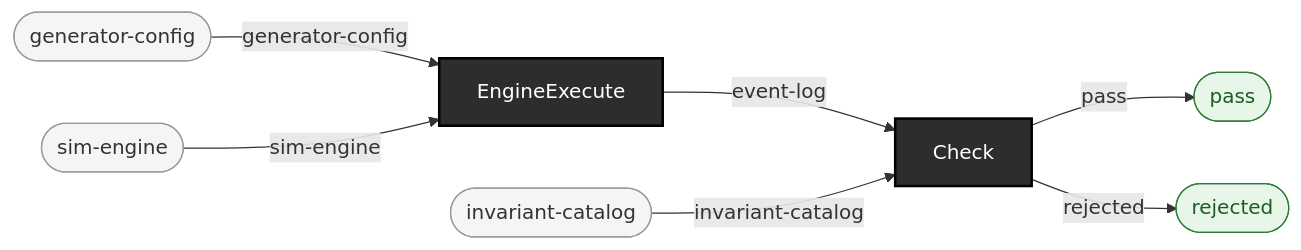
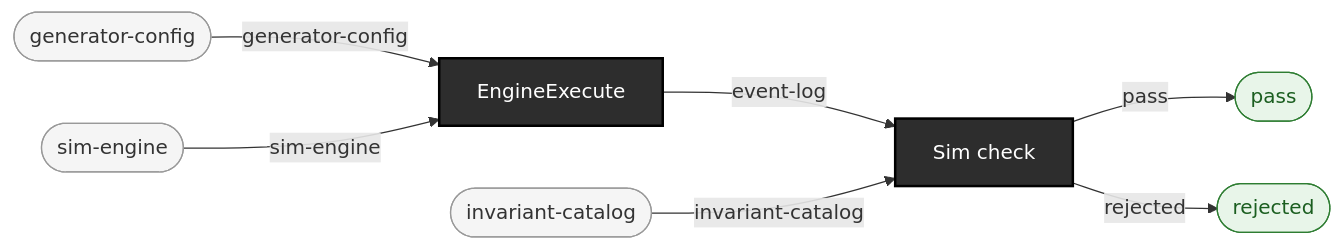
One commit to pragsmike/ehr-testing-tools changed the diagram in docs/use-cases/ground-truth-as-a-test-oracle.md. Above: the diagram before and after it, drawn with Mermaid. The commit also changed other lines of this file and 3 other files, not shown here.

````diff
--- a/docs/use-cases/ground-truth-as-a-test-oracle.md
+++ b/docs/use-cases/ground-truth-as-a-test-oracle.md
@@ -53,46 +53,46 @@
 ```mermaid
 %% GENERATED by components/palgebra/tools/resource_equations_to_mermaid.py
 %% from target/use-cases/ground-truth-as-a-test-oracle.txt -- do not hand-edit this block.
 %% Regenerate with `make docsgen`; a change to the converter moves
 %% every diagram it renders, which is why it is named here.
 flowchart LR
 
     %% --- Source types (raw inputs, not produced by any operation) ---
     generator_config(["generator-config"])
     invariant_catalog(["invariant-catalog"])
     sim_engine(["sim-engine"])
 
     %% --- Operations (boxes; spiders use distinct shapes) ---
     EngineExecute["EngineExecute"]
-    Check["Check"]
+    Sim_check["Sim check"]
 
     %% --- Result types (terminal outputs) ---
     pass_out(["pass"])
     rejected_out(["rejected"])
 
     %% --- Wires (typed connections) ---
     %% Arrow 1: EngineExecute
     generator_config -- generator-config --> EngineExecute
     sim_engine -- sim-engine --> EngineExecute
 
-    %% Arrow 2: Check
-    EngineExecute -- event-log --> Check
-    invariant_catalog -- invariant-catalog --> Check
-    Check -- "pass" --> pass_out
-    Check -- "rejected" --> rejected_out
+    %% Arrow 2: Sim check
+    EngineExecute -- event-log --> Sim_check
+    invariant_catalog -- invariant-catalog --> Sim_check
+    Sim_check -- "pass" --> pass_out
+    Sim_check -- "rejected" --> rejected_out
 
     %% --- Styling ---
 
     %% Operations: dark boxes (fan=blue, funnel=green, enrichment=outlined, gate=purple, external=dashed)
     style EngineExecute fill:#2d2d2d,stroke:#000,color:#fff,stroke-width:2px
-    style Check fill:#2d2d2d,stroke:#000,color:#fff,stroke-width:2px
+    style Sim_check fill:#2d2d2d,stroke:#000,color:#fff,stroke-width:2px
 
     %% Source types: light rounded
     style generator_config fill:#f5f5f5,stroke:#999,color:#333
     style invariant_catalog fill:#f5f5f5,stroke:#999,color:#333
     style sim_engine fill:#f5f5f5,stroke:#999,color:#333
 
     %% Result types (terminal outputs): green rounded
     style pass_out fill:#e8f5e9,stroke:#2e7d32,color:#1b5e20
     style rejected_out fill:#e8f5e9,stroke:#2e7d32,color:#1b5e20
 ```
````
